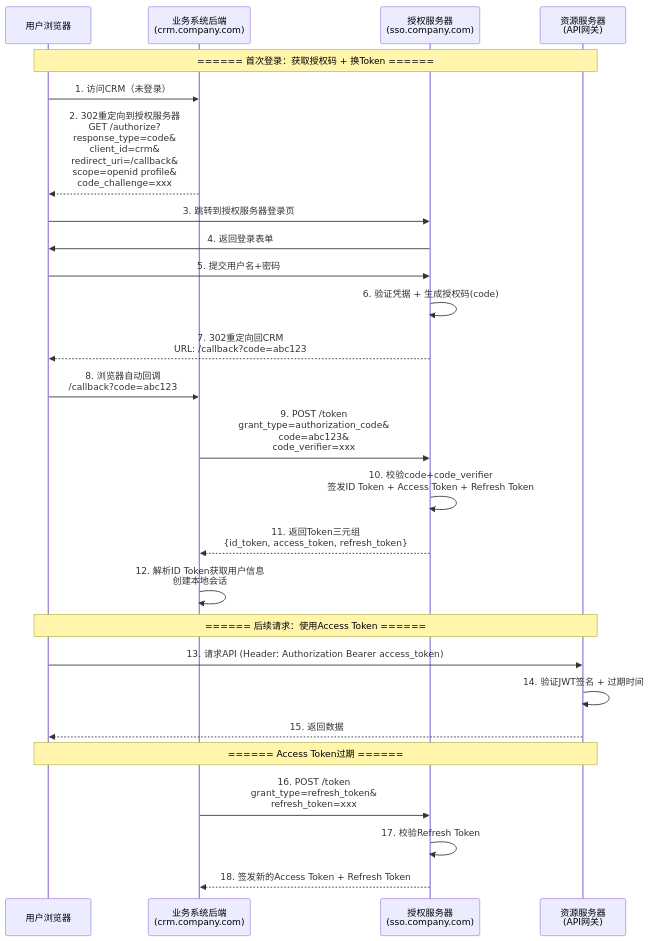
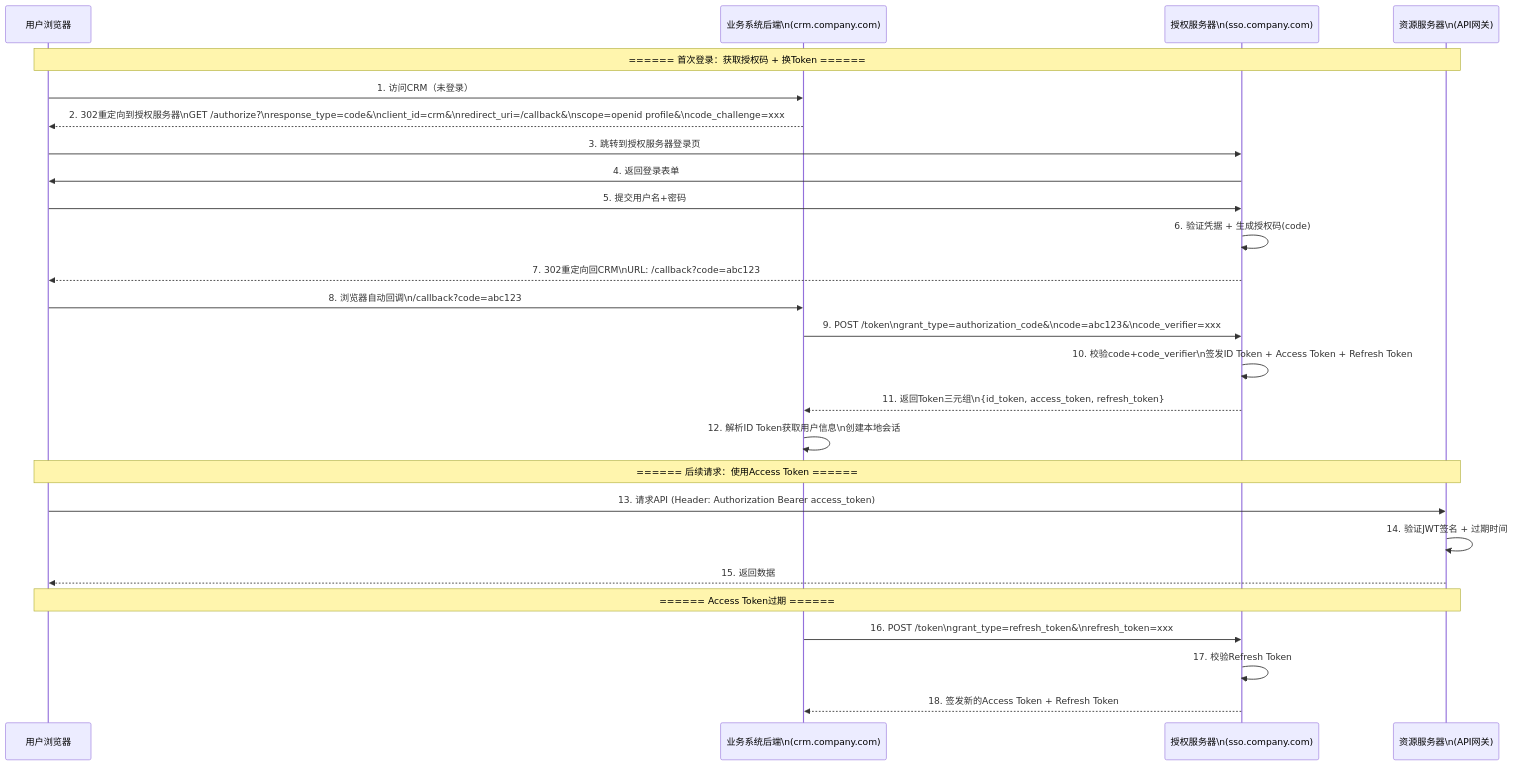
One commit to yaocat55/yaocat55.github.io changed the tenth of 12 diagrams in content/posts/springsecurity/SsoVsJwtRedisAuth.md. Above: the diagram before and after it, drawn with Mermaid. The commit also changed other lines of this file and 155 other files, not shown here.

````diff
--- a/content/posts/springsecurity/SsoVsJwtRedisAuth.md
+++ b/content/posts/springsecurity/SsoVsJwtRedisAuth.md
@@ -427,37 +456,37 @@
 ```mermaid
 sequenceDiagram
     participant U as 用户浏览器
-    participant APP as 业务系统后端<br/>(crm.company.com)
-    participant AUTH as 授权服务器<br/>(sso.company.com)
-    participant RES as 资源服务器<br/>(API网关)
+    participant APP as 业务系统后端\n(crm.company.com)
+    participant AUTH as 授权服务器\n(sso.company.com)
+    participant RES as 资源服务器\n(API网关)
 
     Note over U,RES: ====== 首次登录：获取授权码 + 换Token ======
 
     U->>APP: 1. 访问CRM（未登录）
-    APP-->>U: 2. 302重定向到授权服务器<br/>GET /authorize?<br/>response_type=code&<br/>client_id=crm&<br/>redirect_uri=/callback&<br/>scope=openid profile&<br/>code_challenge=xxx
+    APP-->>U: 2. 302重定向到授权服务器\nGET /authorize?\nresponse_type=code&\nclient_id=crm&\nredirect_uri=/callback&\nscope=openid profile&\ncode_challenge=xxx
 
     U->>AUTH: 3. 跳转到授权服务器登录页
     AUTH->>U: 4. 返回登录表单
     U->>AUTH: 5. 提交用户名+密码
     AUTH->>AUTH: 6. 验证凭据 + 生成授权码(code)
-    AUTH-->>U: 7. 302重定向回CRM<br/>URL: /callback?code=abc123
+    AUTH-->>U: 7. 302重定向回CRM\nURL: /callback?code=abc123
 
-    U->>APP: 8. 浏览器自动回调<br/>/callback?code=abc123
-    APP->>AUTH: 9. POST /token<br/>grant_type=authorization_code&<br/>code=abc123&<br/>code_verifier=xxx
-    AUTH->>AUTH: 10. 校验code+code_verifier<br/>签发ID Token + Access Token + Refresh Token
-    AUTH-->>APP: 11. 返回Token三元组<br/>{id_token, access_token, refresh_token}
+    U->>APP: 8. 浏览器自动回调\n/callback?code=abc123
+    APP->>AUTH: 9. POST /token\ngrant_type=authorization_code&\ncode=abc123&\ncode_verifier=xxx
+    AUTH->>AUTH: 10. 校验code+code_verifier\n签发ID Token + Access Token + Refresh Token
+    AUTH-->>APP: 11. 返回Token三元组\n{id_token, access_token, refresh_token}
 
-    APP->>APP: 12. 解析ID Token获取用户信息<br/>创建本地会话
+    APP->>APP: 12. 解析ID Token获取用户信息\n创建本地会话
 
     Note over U,RES: ====== 后续请求：使用Access Token ======
 
     U->>RES: 13. 请求API (Header: Authorization Bearer access_token)
     RES->>RES: 14. 验证JWT签名 + 过期时间
     RES-->>U: 15. 返回数据
 
     Note over U,RES: ====== Access Token过期 ======
 
-    APP->>AUTH: 16. POST /token<br/>grant_type=refresh_token&<br/>refresh_token=xxx
+    APP->>AUTH: 16. POST /token\ngrant_type=refresh_token&\nrefresh_token=xxx
     AUTH->>AUTH: 17. 校验Refresh Token
     AUTH-->>APP: 18. 签发新的Access Token + Refresh Token
 ```
````
